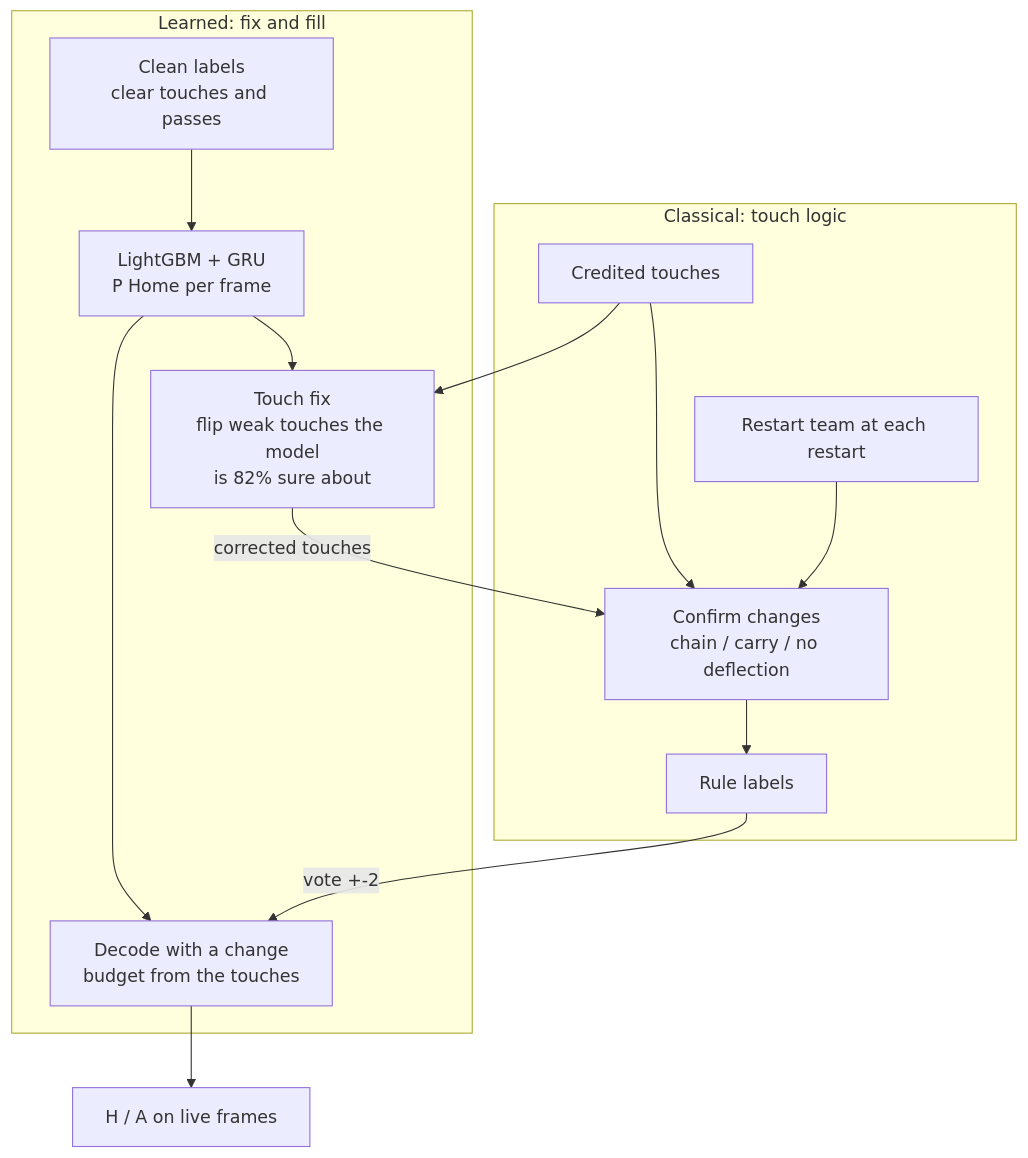
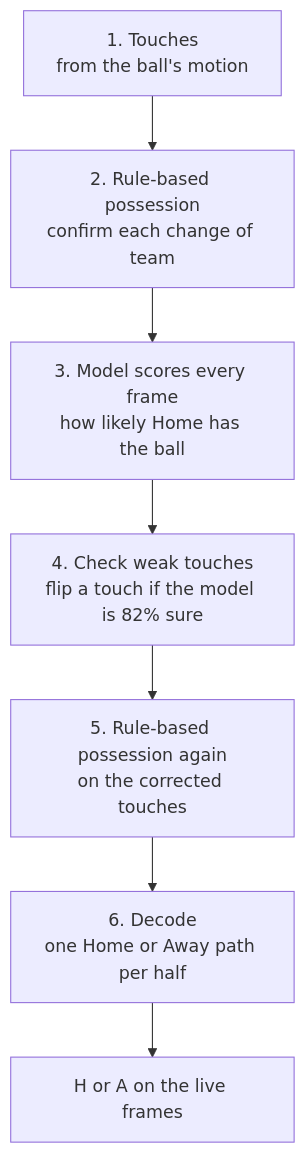
One commit to AbhinavPrabhat/mtah2027-submission changed the third of 3 diagrams in TECHNICAL_DOC.md. Above: the diagram before and after it, drawn with Mermaid. The commit also changed other lines of this file and 1 other file, not shown here.

Commit message:
Technical document: plainer wording, a glossary, rule-based naming, simpler possession diagram, references

````diff
--- a/TECHNICAL_DOC.md
+++ b/TECHNICAL_DOC.md
@@ -211,24 +223,9 @@
 ```mermaid
 flowchart TB
-    subgraph classical[Classical: touch logic]
-        T[Credited touches]
-        C[Confirm changes<br/>chain / carry / no deflection]
-        R[Restart team at each restart]
-        T --> C
-        R --> C
-        C --> L0[Rule labels]
-    end
-    subgraph learned[Learned: fix and fill]
-        CL[Clean labels<br/>clear touches and passes]
-        M[LightGBM + GRU<br/>P Home per frame]
-        FX[Touch fix<br/>flip weak touches the model<br/>is 82% sure about]
-        DC[Decode with a change<br/>budget from the touches]
-        CL --> M
-        M --> FX
-        M --> DC
-    end
-    T --> FX
-    FX -->|corrected touches| C
-    L0 -->|vote +-2| DC
-    DC --> OUT[H / A on live frames]
+    A[1. Touches<br/>from the ball's motion] --> B[2. Rule-based possession<br/>confirm each change of team]
+    B --> C[3. Model scores every frame<br/>how likely Home has the ball]
+    C --> D[4. Check weak touches<br/>flip a touch if the model is 82% sure]
+    D --> E[5. Rule-based possession again<br/>on the corrected touches]
+    E --> F[6. Decode<br/>one Home or Away path per half]
+    F --> G[H or A on the live frames]
 ```
````
